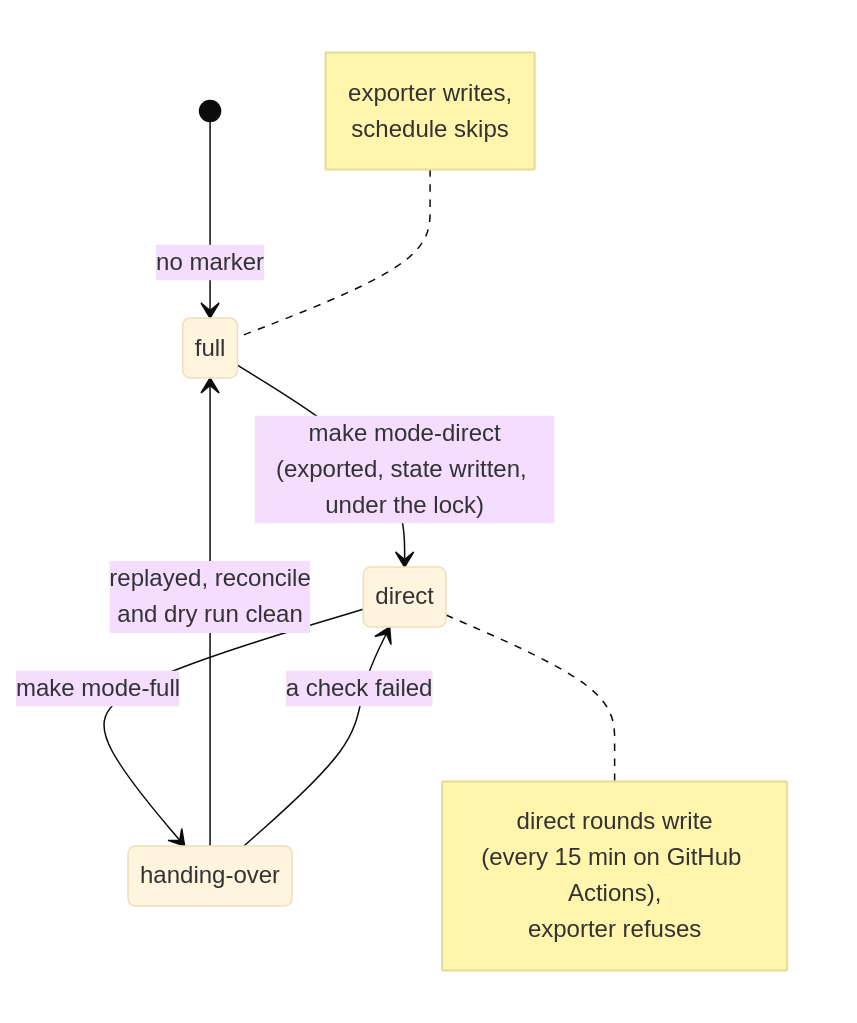
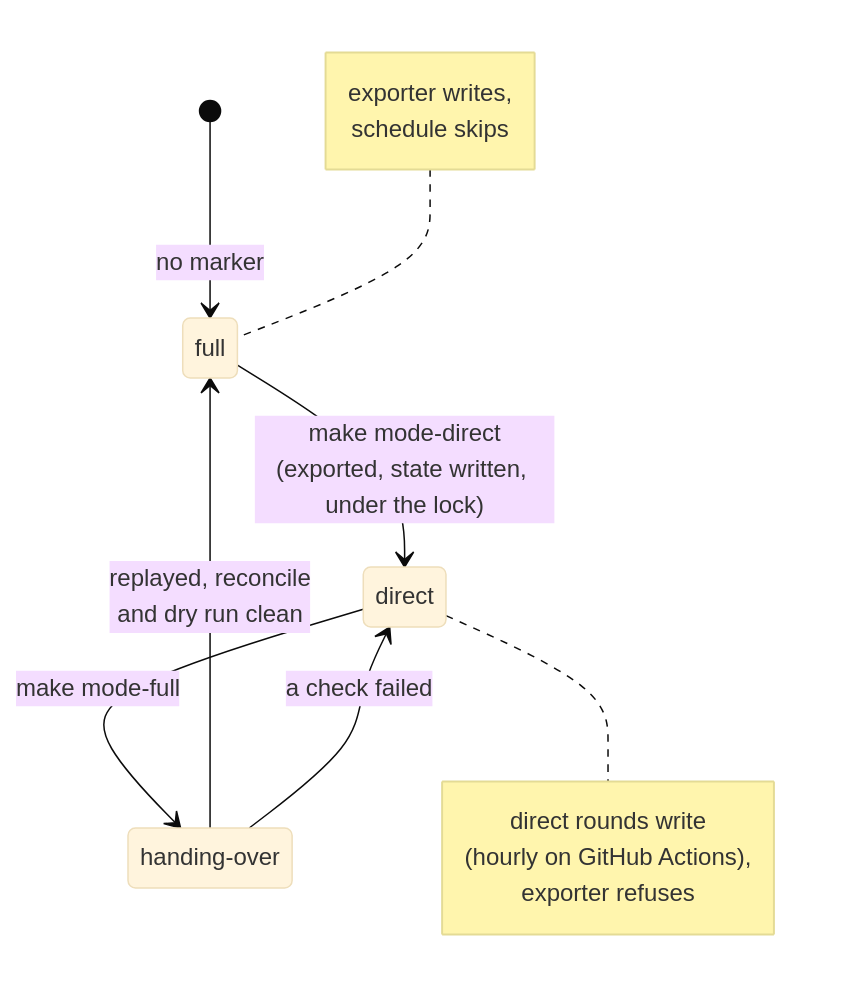
One commit to dienarvaez1/earth-hub changed the fourth of 8 diagrams in docs/technical/architecture.md. Above: the diagram before and after it, drawn with Mermaid (base theme). The commit also changed other lines of this file and 23 other files, not shown here.

First line of the commit message:
feat: start direct rounds hourly from a Cloudflare cron trigger (DEF-052) (#40)

````diff
--- a/docs/technical/architecture.md
+++ b/docs/technical/architecture.md
@@ -229,12 +229,12 @@
 ```mermaid
 stateDiagram-v2
     direction TB
     [*] --> full: no marker
     full --> direct: make mode-direct<br/>(exported, state written, under the lock)
     direct --> handing_over: make mode-full
     handing_over --> full: replayed, reconcile<br/>and dry run clean
     handing_over --> direct: a check failed
     state "handing-over" as handing_over
     note left of full: exporter writes,<br/>schedule skips
-    note right of direct: direct rounds write<br/>(every 15 min on GitHub Actions),<br/>exporter refuses
+    note right of direct: direct rounds write<br/>(hourly on GitHub Actions),<br/>exporter refuses
 ```
````
